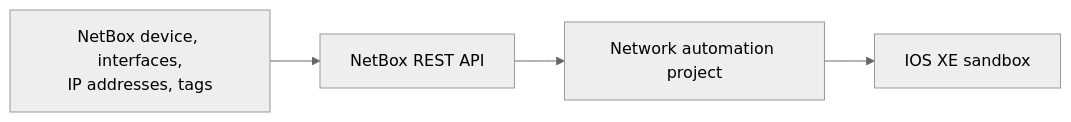
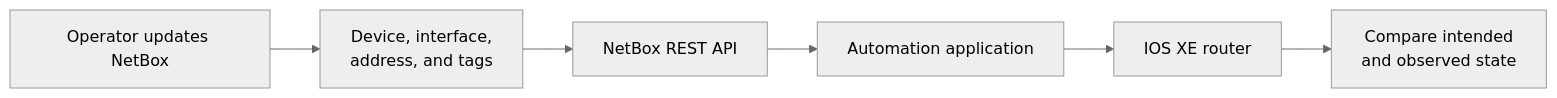
One commit to tanthanh85/CCNPAUTO changed the fourth of 9 diagrams in LAB/README.md. Above: the diagram before and after it, drawn with Mermaid (neutral theme). The commit also changed other lines of this file, not shown here.

````diff
--- a/LAB/README.md
+++ b/LAB/README.md
@@ -104,6 +206,8 @@
 ```mermaid
 flowchart LR
-    NetBox["NetBox device, interfaces,<br/>IP addresses, tags"] --> API["NetBox REST API"]
-    API --> Automation["Network automation project"]
-    Automation --> IOSXE["IOS XE sandbox"]
+    Operator["Operator updates NetBox"] --> Objects["Device, interface,<br/>address, and tags"]
+    Objects --> API["NetBox REST API"]
+    API --> Project["Automation application"]
+    Project --> Router["IOS XE router"]
+    Router --> Compare["Compare intended<br/>and observed state"]
 ```
````
